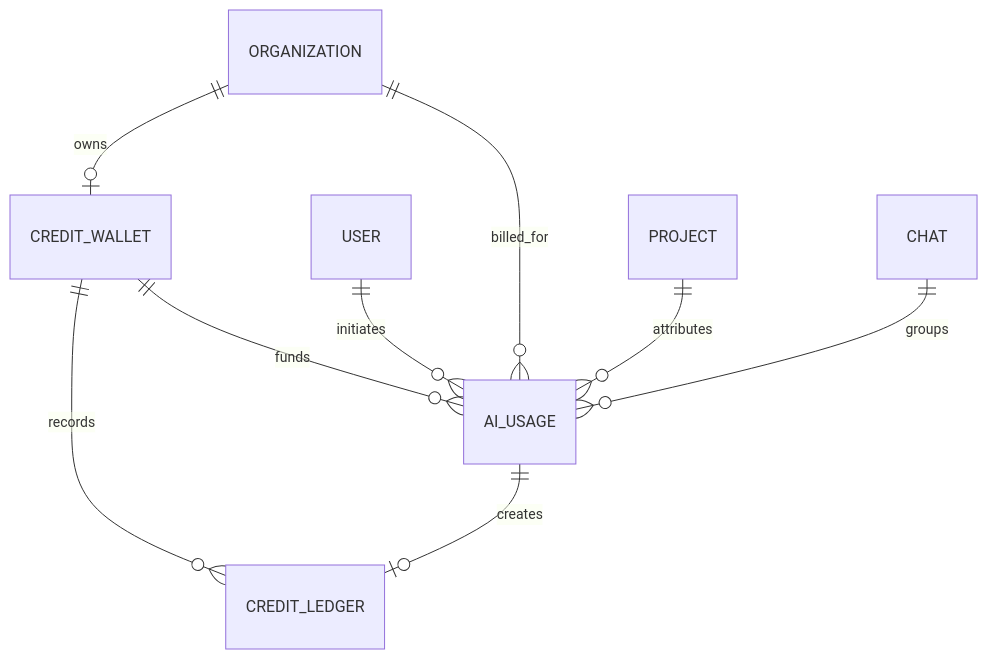
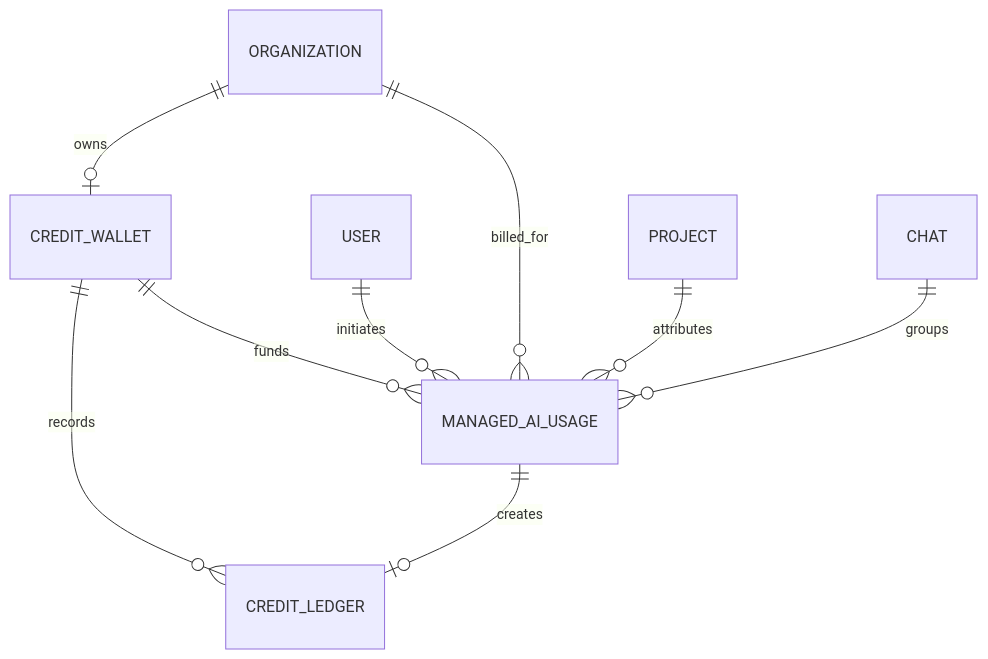
The third of 3 diagrams in nao-managed-ai-credits.md (Charlesdoiron/nao), drawn with Mermaid before and after one commit. The commit also changed other lines of this file and 26 other files, not shown here.

````diff
--- a/nao-managed-ai-credits.md
+++ b/nao-managed-ai-credits.md
@@ -73,11 +73,11 @@
 ```mermaid
 erDiagram
     ORGANIZATION ||--o| CREDIT_WALLET : owns
     CREDIT_WALLET ||--o{ CREDIT_LEDGER : records
-    CREDIT_WALLET ||--o{ AI_USAGE : funds
-    USER ||--o{ AI_USAGE : initiates
-    ORGANIZATION ||--o{ AI_USAGE : billed_for
-    PROJECT ||--o{ AI_USAGE : attributes
-    CHAT ||--o{ AI_USAGE : groups
-    AI_USAGE ||--o| CREDIT_LEDGER : creates
+    CREDIT_WALLET ||--o{ MANAGED_AI_USAGE : funds
+    USER ||--o{ MANAGED_AI_USAGE : initiates
+    ORGANIZATION ||--o{ MANAGED_AI_USAGE : billed_for
+    PROJECT ||--o{ MANAGED_AI_USAGE : attributes
+    CHAT ||--o{ MANAGED_AI_USAGE : groups
+    MANAGED_AI_USAGE ||--o| CREDIT_LEDGER : creates
 ```
````
